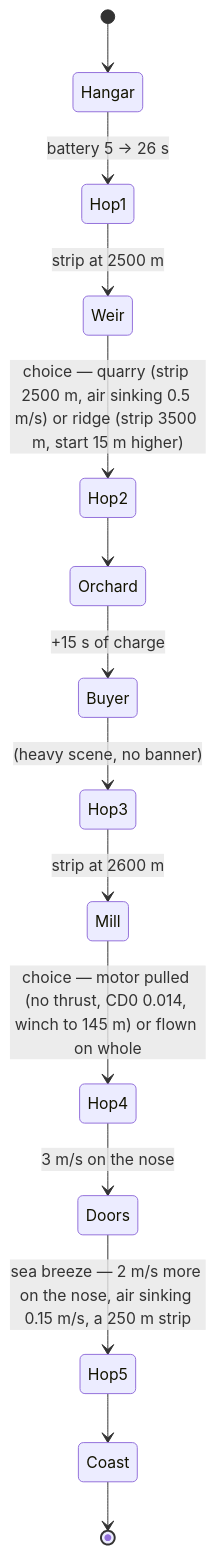
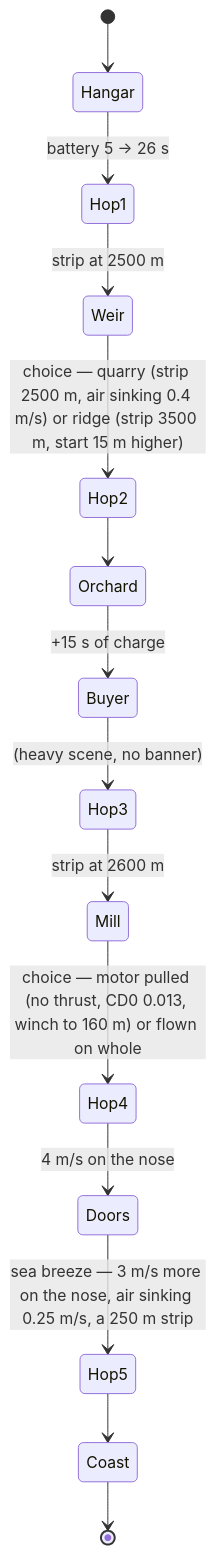
Before and after one commit to TM-59/lift-pilot: the third of 3 diagrams in docs/theory/04-last-ferry.md, drawn with Mermaid. The commit also changed other lines of this file and 21 other files, not shown here.

````diff
--- a/docs/theory/04-last-ferry.md
+++ b/docs/theory/04-last-ferry.md
@@ -125,16 +125,16 @@
 ```mermaid
 stateDiagram-v2
     [*] --> Hangar
     Hangar --> Hop1: battery 5 → 26 s
     Hop1 --> Weir: strip at 2500 m
-    Weir --> Hop2: choice — quarry (strip 2500 m, air sinking 0.5 m/s) or ridge (strip 3500 m, start 15 m higher)
+    Weir --> Hop2: choice — quarry (strip 2500 m, air sinking 0.4 m/s) or ridge (strip 3500 m, start 15 m higher)
     Hop2 --> Orchard
     Orchard --> Buyer: +15 s of charge
     Buyer --> Hop3: (heavy scene, no banner)
     Hop3 --> Mill: strip at 2600 m
-    Mill --> Hop4: choice — motor pulled (no thrust, CD0 0.014, winch to 145 m) or flown on whole
-    Hop4 --> Doors: 3 m/s on the nose
-    Doors --> Hop5: sea breeze — 2 m/s more on the nose, air sinking 0.15 m/s, a 250 m strip
+    Mill --> Hop4: choice — motor pulled (no thrust, CD0 0.013, winch to 160 m) or flown on whole
+    Hop4 --> Doors: 4 m/s on the nose
+    Doors --> Hop5: sea breeze — 3 m/s more on the nose, air sinking 0.25 m/s, a 250 m strip
     Hop5 --> Coast
     Coast --> [*]
 ```
````
